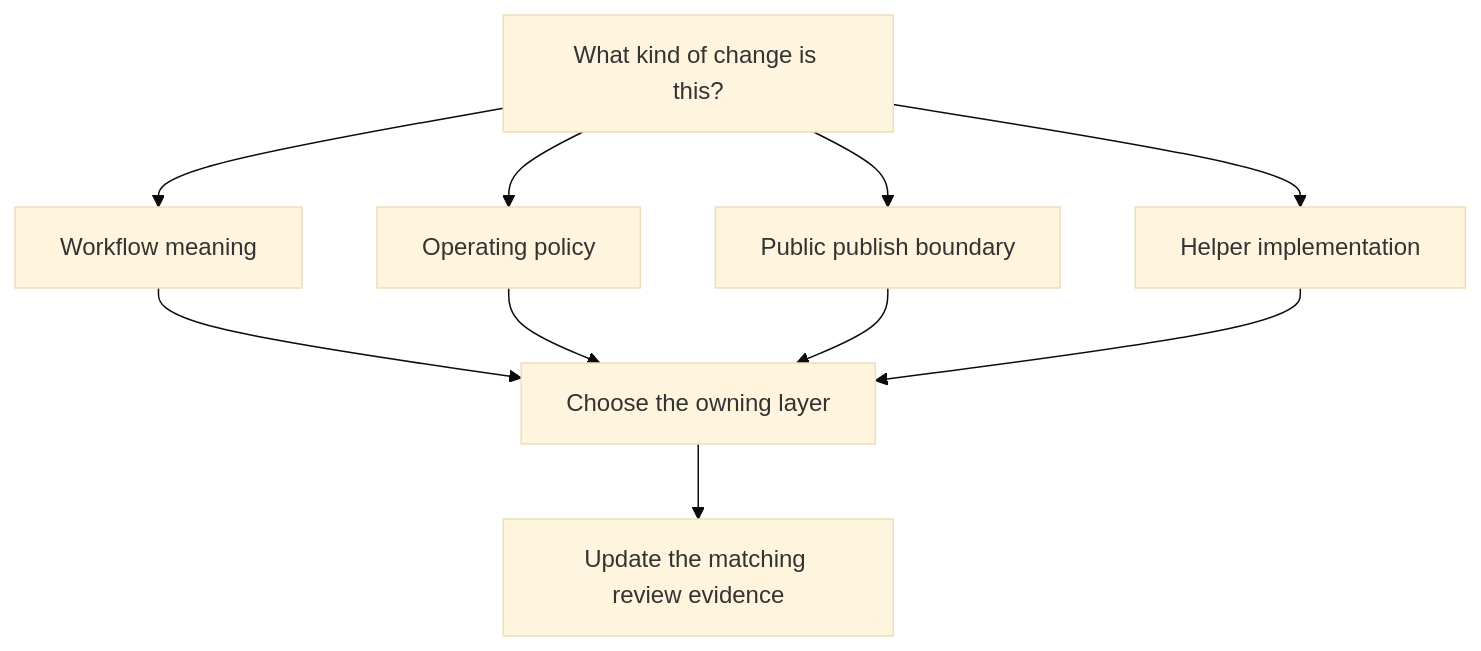
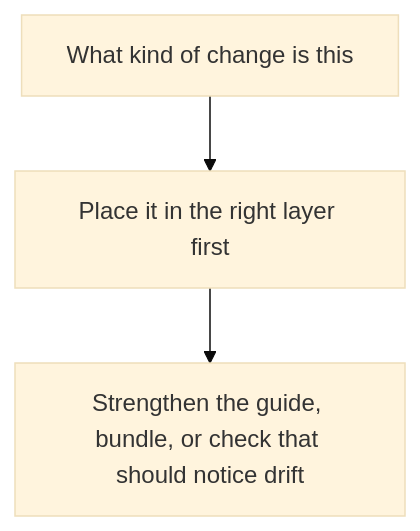
One commit to bijux/bijux-masterclass changed the second of 2 diagrams in programs/reproducible-research/deep-dive-snakemake/capstone/docs/EXTENSION_GUIDE.md. Above: the diagram before and after it, drawn with Mermaid (base theme). The commit also changed other lines of this file, not shown here.

````diff
--- a/programs/reproducible-research/deep-dive-snakemake/capstone/docs/EXTENSION_GUIDE.md
+++ b/programs/reproducible-research/deep-dive-snakemake/capstone/docs/EXTENSION_GUIDE.md
@@ -21,12 +21,5 @@
 ```mermaid
 flowchart TD
-  question["What kind of change is this?"] --> workflow["Workflow meaning"]
-  question --> operating["Operating policy"]
-  question --> publish_boundary["Public publish boundary"]
-  question --> helper["Helper implementation"]
-  workflow --> owner["Choose the owning layer"]
-  operating --> owner
-  publish_boundary --> owner
-  helper --> owner
-  owner --> verify["Update the matching review evidence"]
+  question["What kind of change is this"] --> route["Place it in the right layer first"]
+  route --> proof["Strengthen the guide, bundle, or check that should notice drift"]
 ```
````
